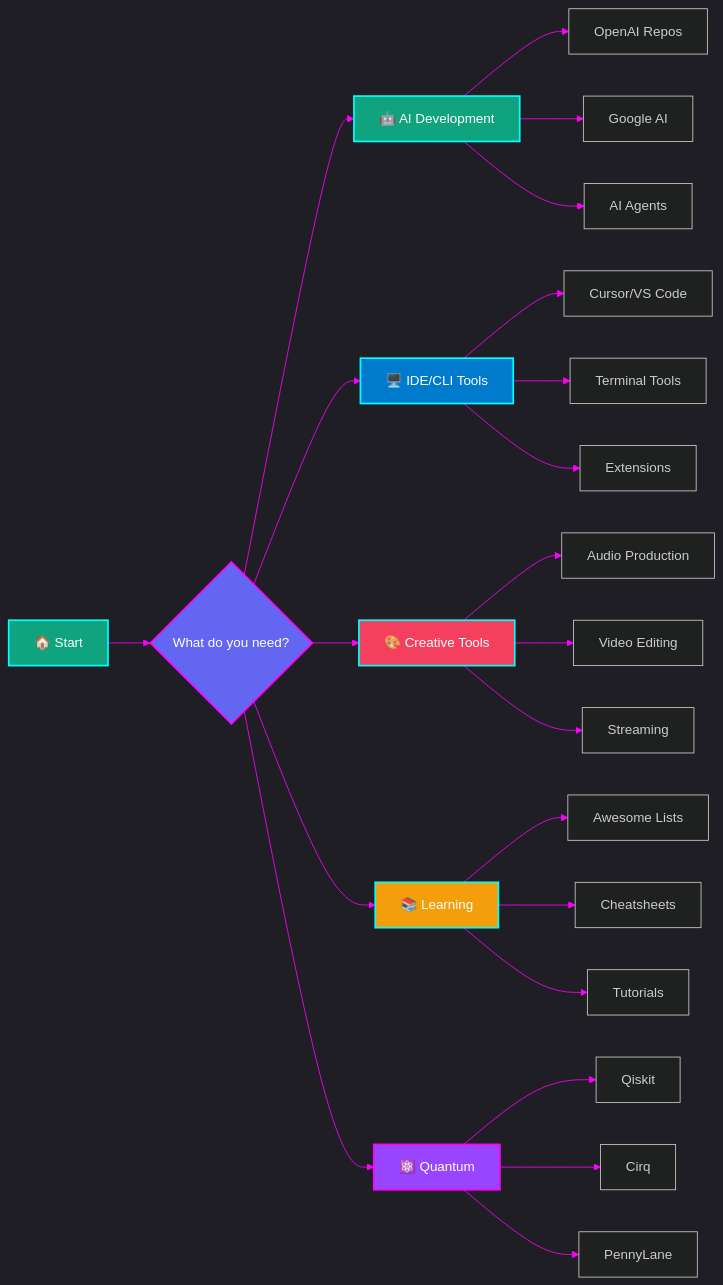
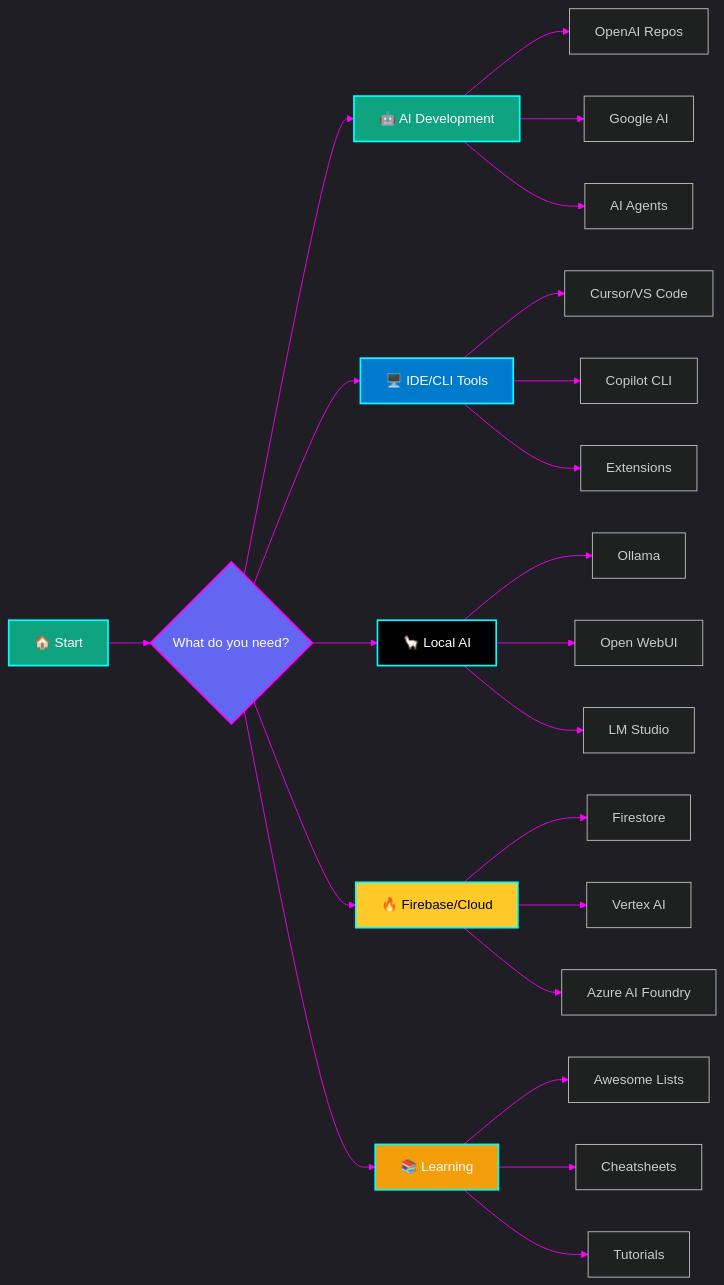
The fourth of 8 diagrams in README.md (SpiralCloudOmega/DevTeam6), drawn with Mermaid before and after one commit. The commit also changed other lines of this file, not shown here.

Commit message:
Add major AI platform links: Azure AI Foundry, Copilot CLI, Firebase/Firestore, Ollama with Open-WebUI, and enhance UX

````diff
--- a/README.md
+++ b/README.md
@@ -271,38 +305,38 @@
 ```mermaid
 %%{init: {'theme': 'dark', 'themeVariables': { 'primaryColor': '#00ffff', 'primaryTextColor': '#fff', 'primaryBorderColor': '#ff00ff', 'lineColor': '#ff00ff', 'secondaryColor': '#1a1a2e'}}}%%
 graph LR
     A[🏠 Start] --> B{What do you need?}
     B --> C[🤖 AI Development]
     B --> D[🖥️ IDE/CLI Tools]
-    B --> E[🎨 Creative Tools]
-    B --> F[📚 Learning]
-    B --> G[⚛️ Quantum]
+    B --> E[🦙 Local AI]
+    B --> F[🔥 Firebase/Cloud]
+    B --> G[📚 Learning]
     
     C --> C1[OpenAI Repos]
     C --> C2[Google AI]
     C --> C3[AI Agents]
     
     D --> D1[Cursor/VS Code]
-    D --> D2[Terminal Tools]
+    D --> D2[Copilot CLI]
     D --> D3[Extensions]
     
-    E --> E1[Audio Production]
-    E --> E2[Video Editing]
-    E --> E3[Streaming]
+    E --> E1[Ollama]
+    E --> E2[Open WebUI]
+    E --> E3[LM Studio]
     
-    F --> F1[Awesome Lists]
-    F --> F2[Cheatsheets]
-    F --> F3[Tutorials]
+    F --> F1[Firestore]
+    F --> F2[Vertex AI]
+    F --> F3[Azure AI Foundry]
     
-    G --> G1[Qiskit]
-    G --> G2[Cirq]
-    G --> G3[PennyLane]
+    G --> G1[Awesome Lists]
+    G --> G2[Cheatsheets]
+    G --> G3[Tutorials]
     
     style A fill:#10a37f,stroke:#00ffff,stroke-width:2px,color:#fff
     style B fill:#6366f1,stroke:#ff00ff,stroke-width:2px,color:#fff
     style C fill:#10a37f,stroke:#00ffff,stroke-width:2px,color:#fff
     style D fill:#007acc,stroke:#00ffff,stroke-width:2px,color:#fff
-    style E fill:#f43f5e,stroke:#00ffff,stroke-width:2px,color:#fff
-    style F fill:#f59e0b,stroke:#00ffff,stroke-width:2px,color:#fff
-    style G fill:#9945ff,stroke:#ff00ff,stroke-width:2px,color:#fff
+    style E fill:#000000,stroke:#00ffff,stroke-width:2px,color:#fff
+    style F fill:#FFCA28,stroke:#00ffff,stroke-width:2px,color:#000
+    style G fill:#f59e0b,stroke:#00ffff,stroke-width:2px,color:#fff
 ```
````
